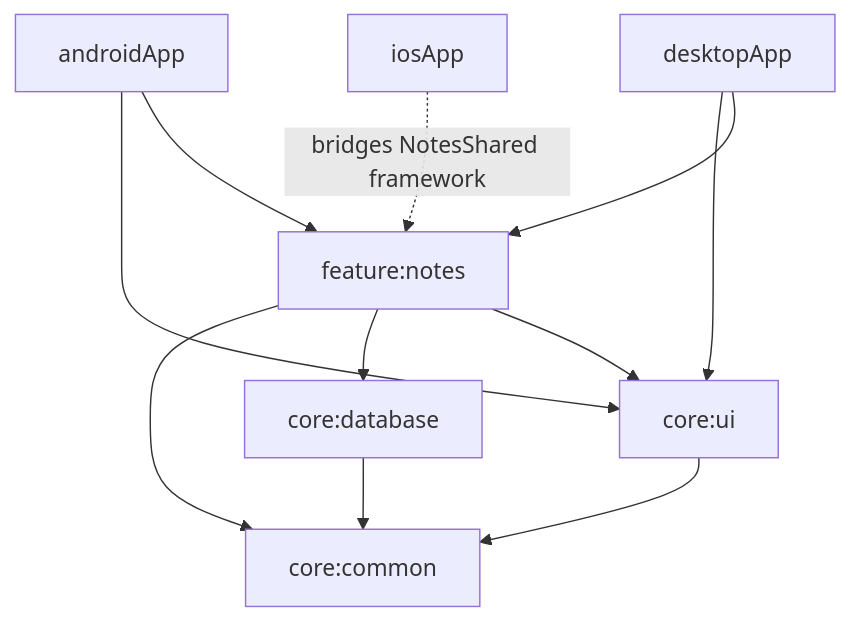
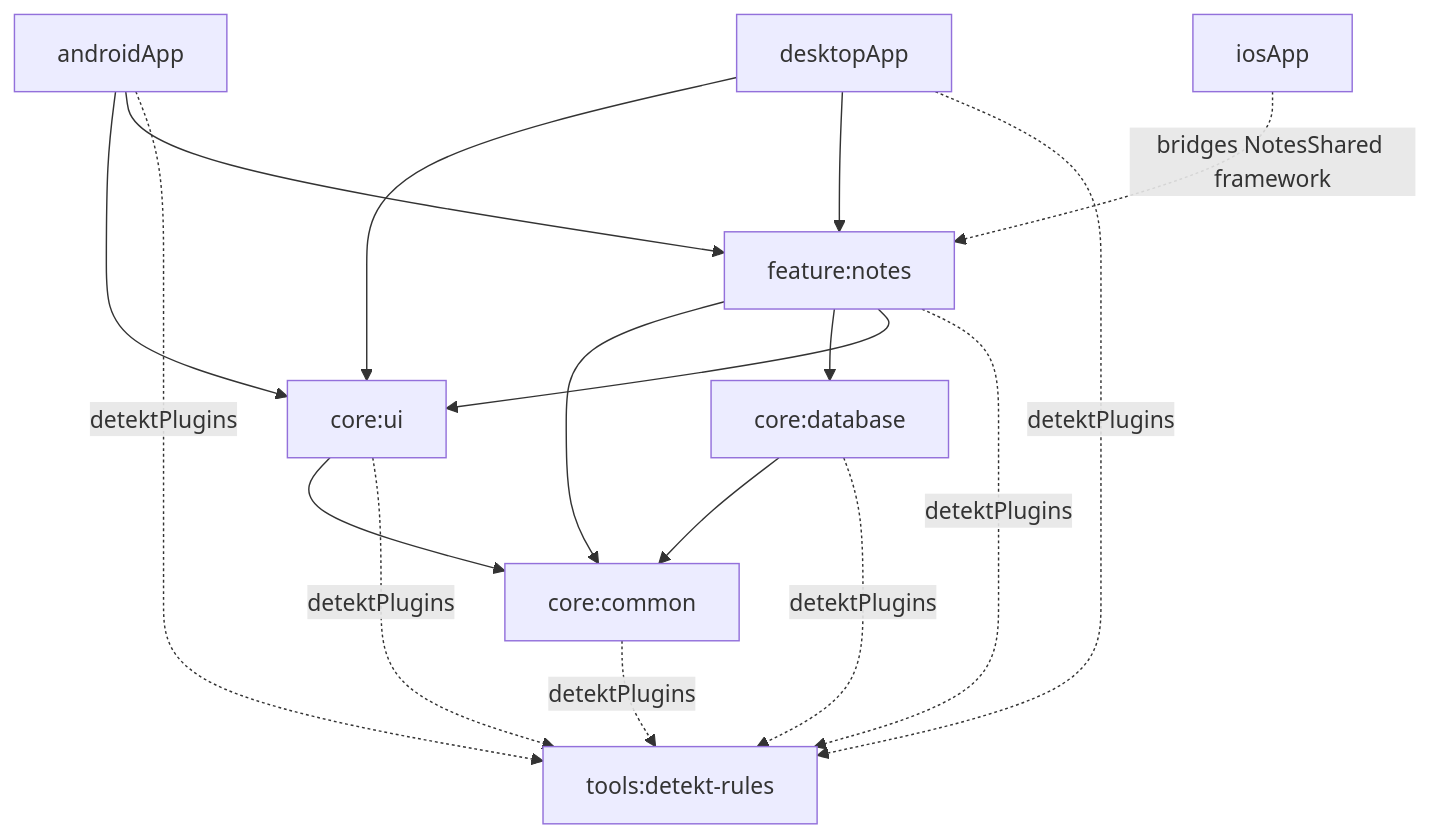
Before and after one commit to TheSetox/note: the diagram in README.md, drawn with Mermaid. The commit also changed other lines of this file and 25 other files, not shown here.

Commit message:
chore: add custom detekt compose rules and kdoc

````diff
--- a/README.md
+++ b/README.md
@@ -5,17 +5,24 @@
 ```mermaid
 graph TD
   androidApp["androidApp"] --> coreUi["core:ui"]
   androidApp --> featureNotes["feature:notes"]
 
   desktopApp["desktopApp"] --> coreUi
   desktopApp --> featureNotes
 
   iosApp["iosApp"] -. "bridges NotesShared framework" .-> featureNotes
 
   featureNotes --> coreCommon["core:common"]
   featureNotes --> coreDatabase["core:database"]
   featureNotes --> coreUi
 
   coreDatabase --> coreCommon
   coreUi --> coreCommon
+
+  androidApp -. "detektPlugins" .-> toolsDetektRules["tools:detekt-rules"]
+  desktopApp -. "detektPlugins" .-> toolsDetektRules
+  coreCommon -. "detektPlugins" .-> toolsDetektRules
+  coreDatabase -. "detektPlugins" .-> toolsDetektRules
+  coreUi -. "detektPlugins" .-> toolsDetektRules
+  featureNotes -. "detektPlugins" .-> toolsDetektRules
 ```
````
